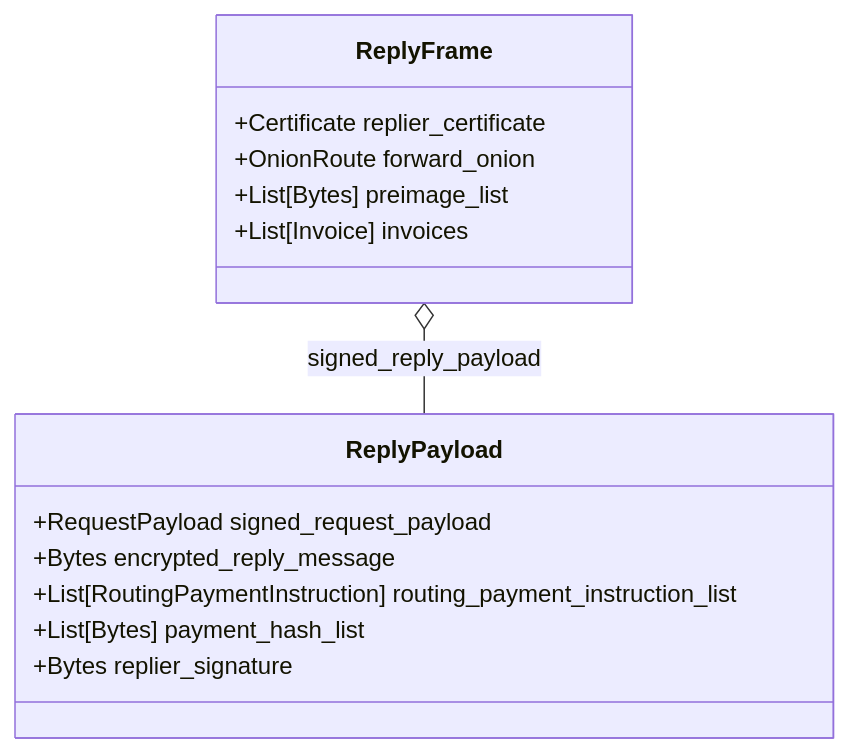
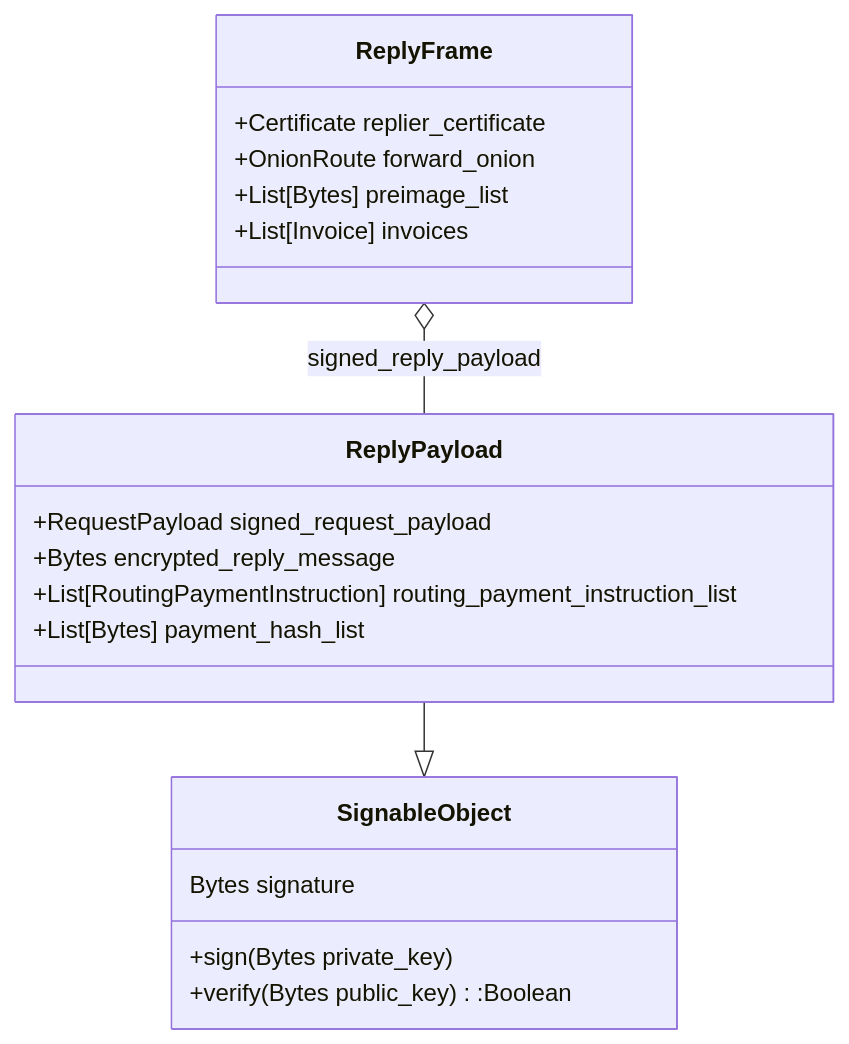
Before and after one commit to DontTrustVerifyOrg/gig-gossip: the ninth of 9 diagrams in whitepaper/protocol.md, drawn with Mermaid. The commit also changed other lines of this file and 1 other file, not shown here.

````diff
--- a/whitepaper/protocol.md
+++ b/whitepaper/protocol.md
@@ -251,17 +256,22 @@
 ```mermaid
 classDiagram
+    class SignableObject{
+        Bytes signature
+        +sign(Bytes private_key)
+        +verify(Bytes public_key):Boolean
+    }
     class ReplyPayload{
         +RequestPayload signed_request_payload
         +Bytes encrypted_reply_message
         +List[RoutingPaymentInstruction] routing_payment_instruction_list
         +List[Bytes] payment_hash_list
-        +Bytes replier_signature
     }
     class ReplyFrame{
         +Certificate replier_certificate
         +OnionRoute forward_onion
         +List[Bytes] preimage_list
         +List[Invoice] invoices
     }
+    ReplyPayload --|> SignableObject
     ReplyFrame  o--  ReplyPayload : signed_reply_payload
 ```
````
